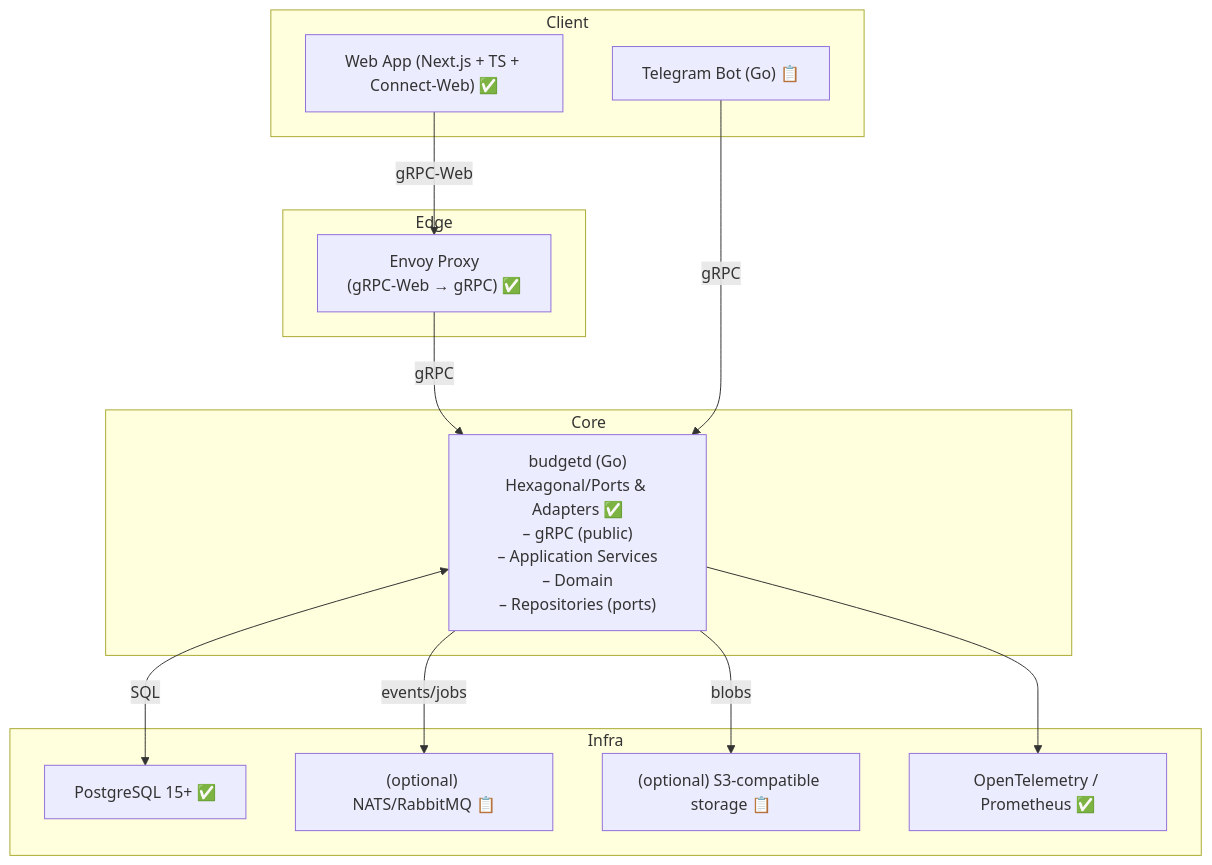
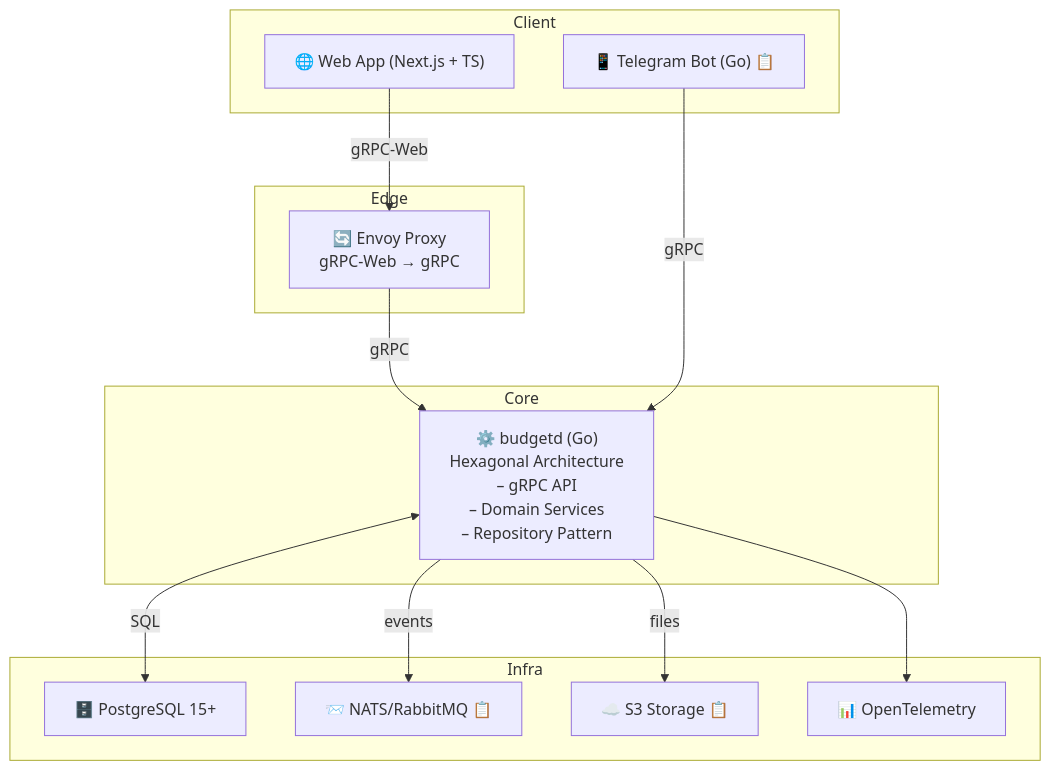
Before and after one commit to positron48/budget: the diagram in README_EN.md, drawn with Mermaid. The commit also changed other lines of this file and 1 other file, not shown here.

````diff
--- a/README_EN.md
+++ b/README_EN.md
@@ -26,29 +83,29 @@
 ```mermaid
 flowchart TB
   subgraph Client
-    Web["Web App (Next.js + TS + Connect-Web) ✅"]
-    TG["Telegram Bot (Go) 📋"]
+    Web["🌐 Web App (Next.js + TS)"]
+    TG["📱 Telegram Bot (Go) 📋"]
   end
 
   subgraph Edge
-    Envoy["Envoy Proxy\n(gRPC-Web → gRPC) ✅"]
+    Envoy["🔄 Envoy Proxy<br/>gRPC-Web → gRPC"]
   end
 
   subgraph Core
-    Budgetd["budgetd (Go)\nHexagonal/Ports & Adapters ✅\n– gRPC (public)\n– Application Services\n– Domain\n– Repositories (ports)"]
+    Budgetd["⚙️ budgetd (Go)<br/>Hexagonal Architecture<br/>– gRPC API<br/>– Domain Services<br/>– Repository Pattern"]
   end
 
   subgraph Infra
-    PG["PostgreSQL 15+ ✅"]
-    MQ["(optional) NATS/RabbitMQ 📋"]
-    S3["(optional) S3-compatible storage 📋"]
-    OTEL["OpenTelemetry / Prometheus ✅"]
+    PG["🗄️ PostgreSQL 15+"]
+    MQ["📨 NATS/RabbitMQ 📋"]
+    S3["☁️ S3 Storage 📋"]
+    OTEL["📊 OpenTelemetry"]
   end
 
   Web -->|gRPC-Web| Envoy -->|gRPC| Budgetd
   TG -->|gRPC| Budgetd
   Budgetd <-->|SQL| PG
-  Budgetd -->|events/jobs| MQ
-  Budgetd -->|blobs| S3
+  Budgetd -->|events| MQ
+  Budgetd -->|files| S3
   Budgetd --> OTEL
 ```
````
